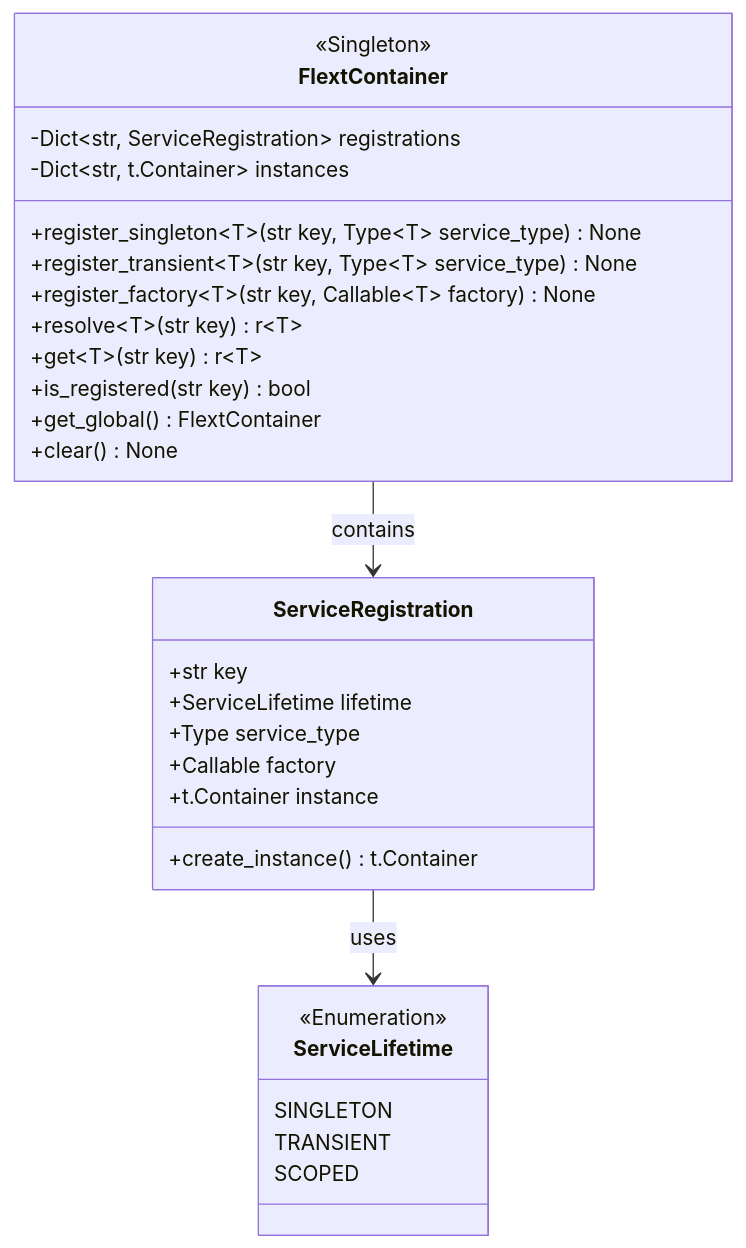
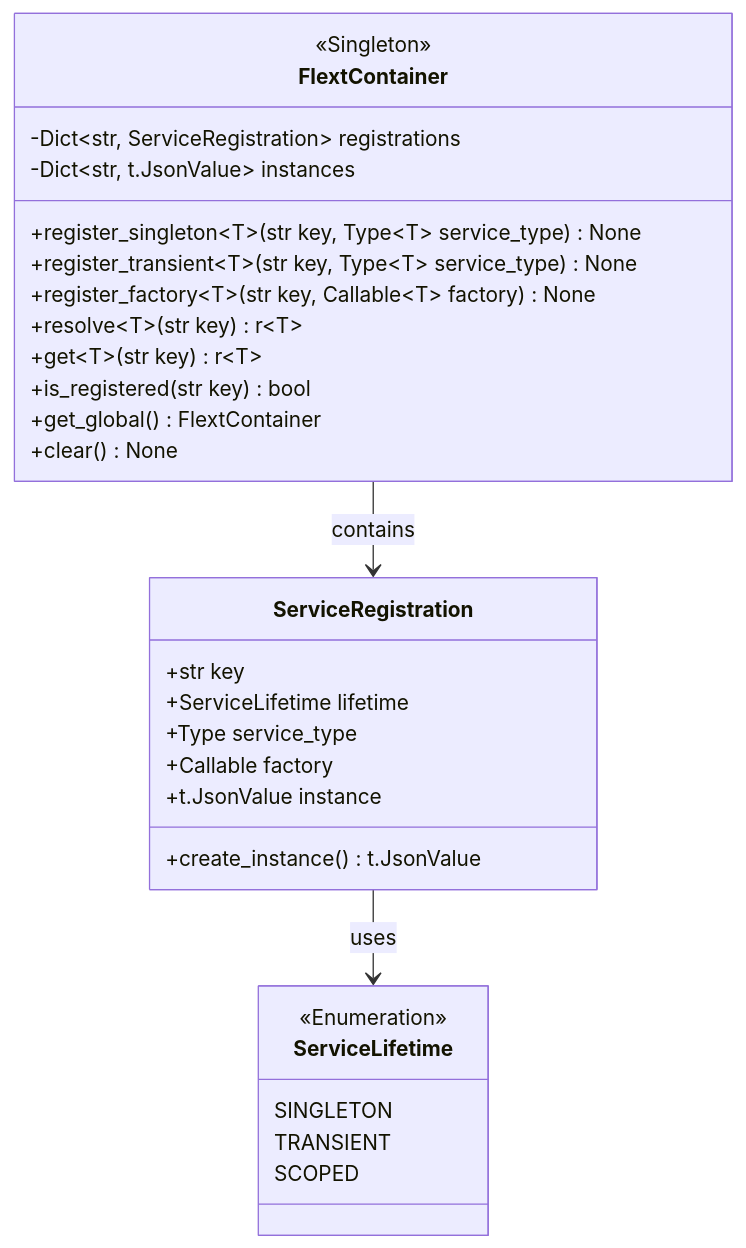
One commit to flext-sh/flext changed the second of 10 diagrams in docs/architecture/c4-model/code-diagrams.md. Above: the diagram before and after it, drawn with Mermaid. The commit also changed other lines of this file and 117 other files, not shown here.

````diff
--- a/docs/architecture/c4-model/code-diagrams.md
+++ b/docs/architecture/c4-model/code-diagrams.md
@@ -94,35 +94,35 @@
 ```mermaid
 classDiagram
     class FlextContainer {
         <<Singleton>>
         -Dict~str, ServiceRegistration~ registrations
-        -Dict~str, t.Container~ instances
+        -Dict~str, t.JsonValue~ instances
         +register_singleton~T~(str key, Type~T~ service_type) None
         +register_transient~T~(str key, Type~T~ service_type) None
         +register_factory~T~(str key, Callable~T~ factory) None
         +resolve~T~(str key) r~T~
         +get~T~(str key) r~T~
         +is_registered(str key) bool
         +get_global() FlextContainer
         +clear() None
     }
 
     class ServiceRegistration {
         +str key
         +ServiceLifetime lifetime
         +Type service_type
         +Callable factory
-        +t.Container instance
-        +create_instance() t.Container
+        +t.JsonValue instance
+        +create_instance() t.JsonValue
     }
 
     class ServiceLifetime {
         <<Enumeration>>
         SINGLETON
         TRANSIENT
         SCOPED
     }
 
     FlextContainer --> ServiceRegistration : contains
     ServiceRegistration --> ServiceLifetime : uses
 ```
````
